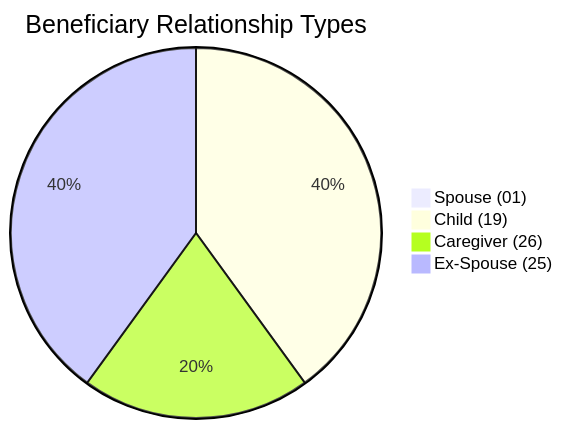
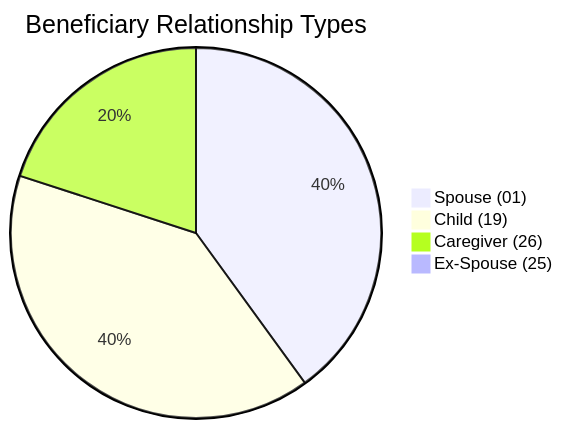
The eighth of 10 diagrams in test-tools/DataGen/src/Statistics_Visualizer.md (dhagan-va/intern-2025), drawn with Mermaid before and after one commit. The commit also changed other lines of this file and 3 other files, not shown here.

````diff
--- a/test-tools/DataGen/src/Statistics_Visualizer.md
+++ b/test-tools/DataGen/src/Statistics_Visualizer.md
@@ -85,7 +85,7 @@
 ```mermaid
 pie title Beneficiary Relationship Types
-    "Spouse (01)" : 0
+    "Spouse (01)" : 2
     "Child (19)" : 2
     "Caregiver (26)" : 1
-    "Ex-Spouse (25)" : 2
+    "Ex-Spouse (25)" : 0
 ```
````
